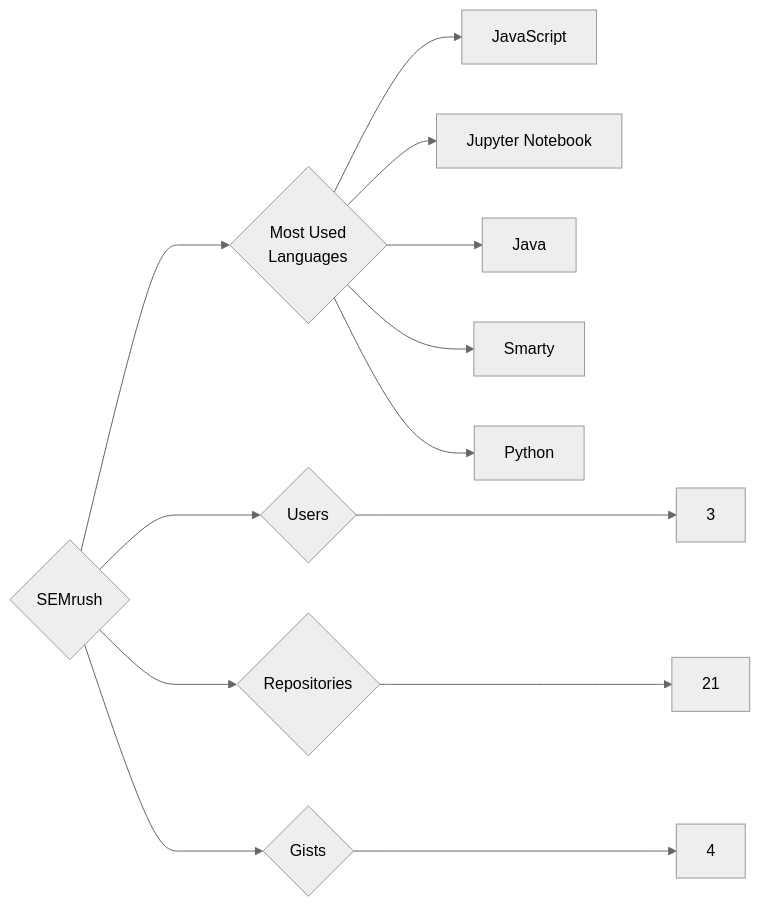
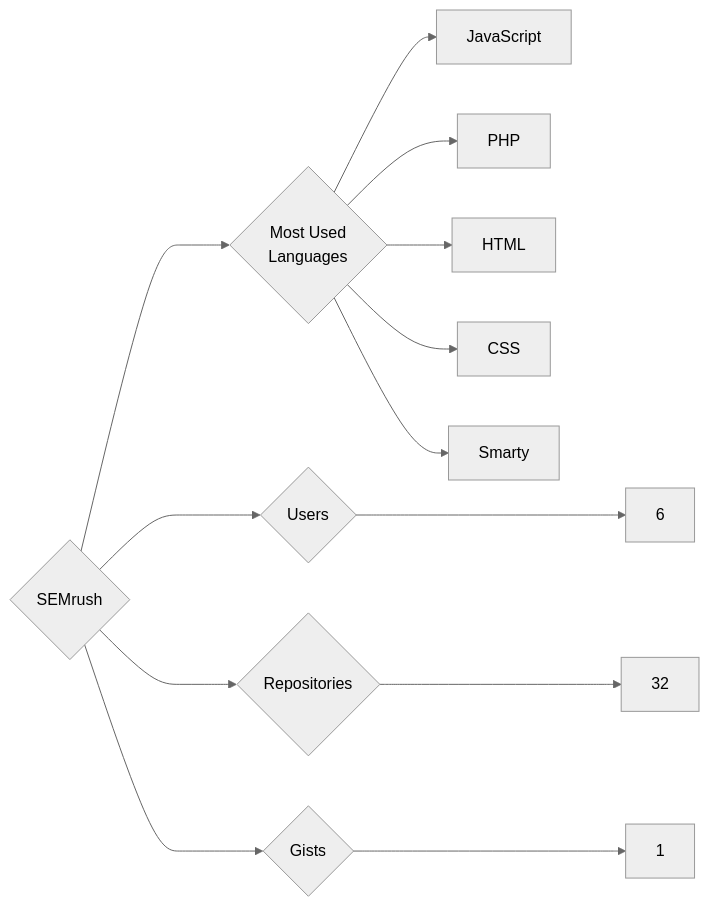
One commit to trickest/insiders changed the diagram in targets/SEMrush/README.md. Above: the diagram before and after it, drawn with Mermaid (neutral theme). The commit also changed 871 other files, not shown here.

````diff
--- a/targets/SEMrush/README.md
+++ b/targets/SEMrush/README.md
@@ -3,13 +3,13 @@
 ```mermaid
 graph LR
 COMPANY_NAME{SEMrush}
-COMPANY_NAME ---> U{Users} ---> UN[3]
-COMPANY_NAME ---> R{Repositories} ---> RN[21]
-COMPANY_NAME ---> G{Gists} ---> GN[4]
+COMPANY_NAME ---> U{Users} ---> UN[6]
+COMPANY_NAME ---> R{Repositories} ---> RN[32]
+COMPANY_NAME ---> G{Gists} ---> GN[1]
 COMPANY_NAME ---> ML{Most Used<br>Languages}
 ML --> JavaScript[JavaScript]
-ML --> Jupyter_Notebook[Jupyter Notebook]
-ML --> Java[Java]
+ML --> PHP[PHP]
+ML --> HTML[HTML]
+ML --> CSS[CSS]
 ML --> Smarty[Smarty]
-ML --> Python[Python]
 ```
````
